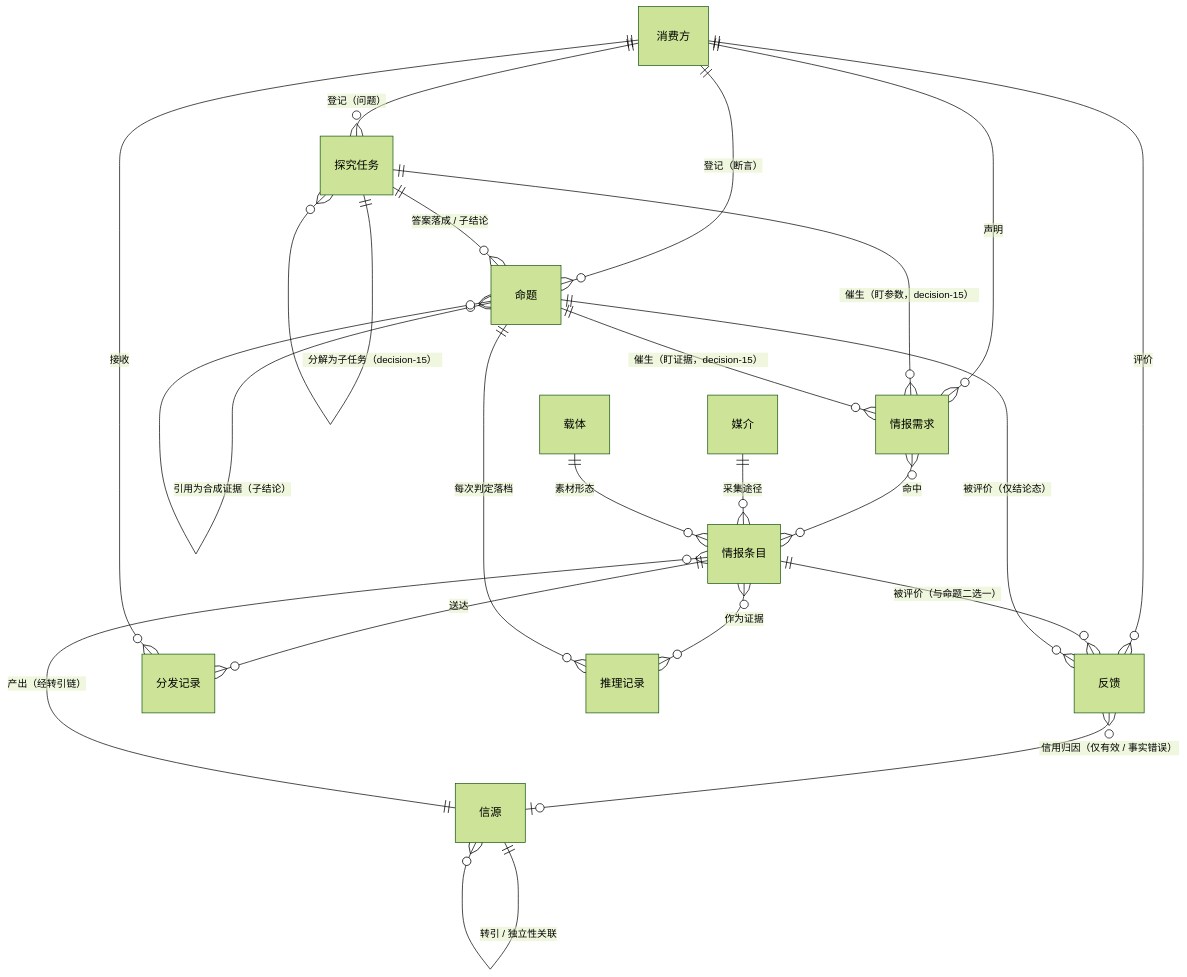
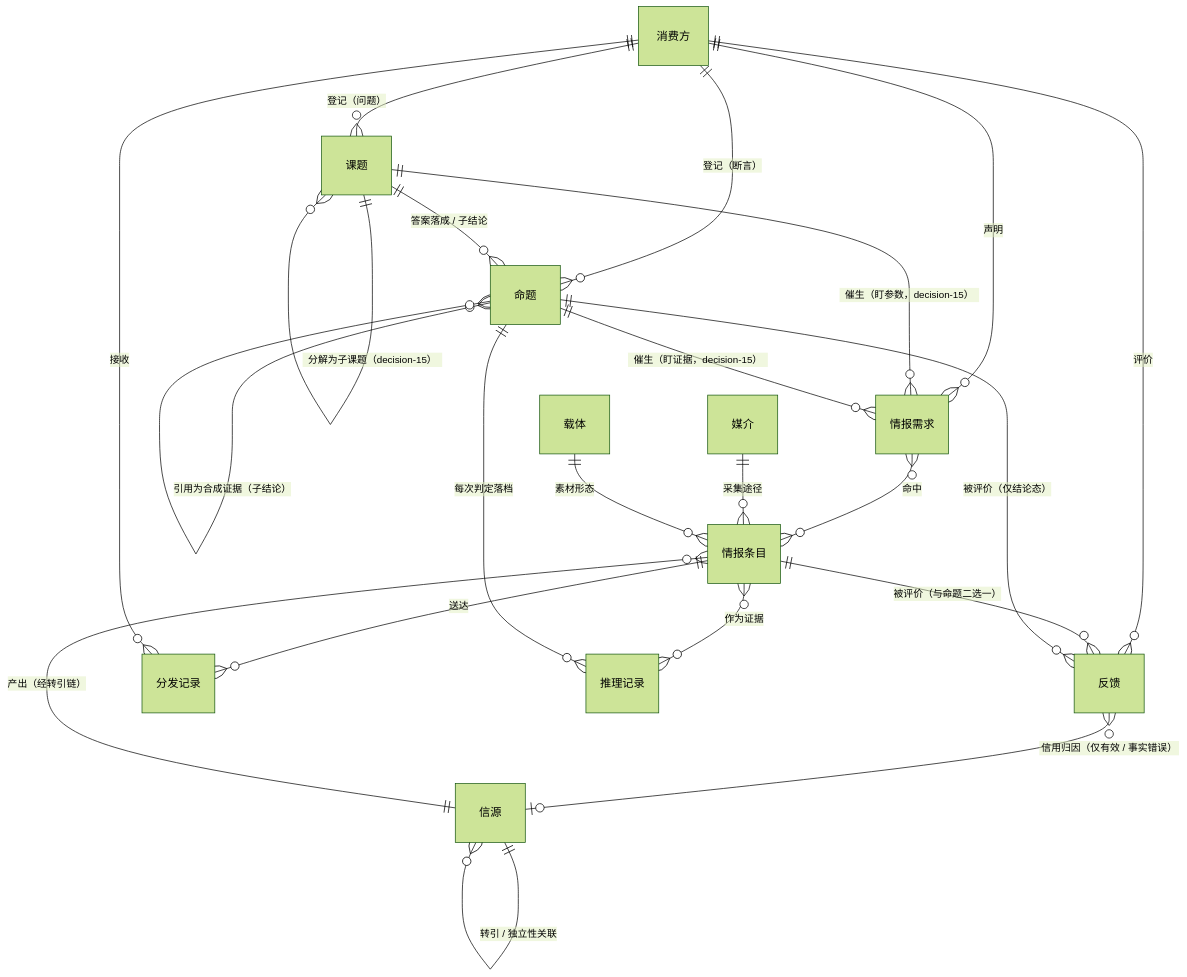
The second of 6 diagrams in backlog/docs/doc-02 - 领域模型-Domain-Model.md (leoricmaster/iih), drawn with Mermaid (forest theme) before and after one commit. The commit also changed other lines of this file and 6 other files, not shown here.

````diff
--- a/backlog/docs/doc-02 - 领域模型-Domain-Model.md
+++ b/backlog/docs/doc-02 - 领域模型-Domain-Model.md
@@ -59,24 +59,24 @@
 ```mermaid
 erDiagram
     消费方 ||--o{ 情报需求 : "声明"
     消费方 ||--o{ 反馈 : "评价"
-    消费方 ||--o{ 探究任务 : "登记（问题）"
+    消费方 ||--o{ 课题 : "登记（问题）"
     消费方 ||--o{ 命题 : "登记（断言）"
-    探究任务 ||--o{ 命题 : "答案落成 / 子结论"
-    探究任务 ||--o{ 情报需求 : "催生（盯参数，decision-15）"
+    课题 ||--o{ 命题 : "答案落成 / 子结论"
+    课题 ||--o{ 情报需求 : "催生（盯参数，decision-15）"
     命题 ||--o{ 情报需求 : "催生（盯证据，decision-15）"
-    探究任务 ||--o{ 探究任务 : "分解为子任务（decision-15）"
+    课题 ||--o{ 课题 : "分解为子课题（decision-15）"
     命题 }o--o{ 命题 : "引用为合成证据（子结论）"
     情报需求 }o--o{ 情报条目 : "命中"
     媒介 ||--o{ 情报条目 : "采集途径"
     载体 ||--o{ 情报条目 : "素材形态"
     信源 ||--o{ 情报条目 : "产出（经转引链）"
     信源 ||--o{ 信源 : "转引 / 独立性关联"
     情报条目 ||--o{ 分发记录 : "送达"
     消费方 ||--o{ 分发记录 : "接收"
     情报条目 }o--o{ 推理记录 : "作为证据"
     命题 ||--o{ 推理记录 : "每次判定落档"
     情报条目 ||--o{ 反馈 : "被评价（与命题二选一）"
     命题 ||--o{ 反馈 : "被评价（仅结论态）"
     反馈 }o--o| 信源 : "信用归因（仅有效 / 事实错误）"
 ```
````
